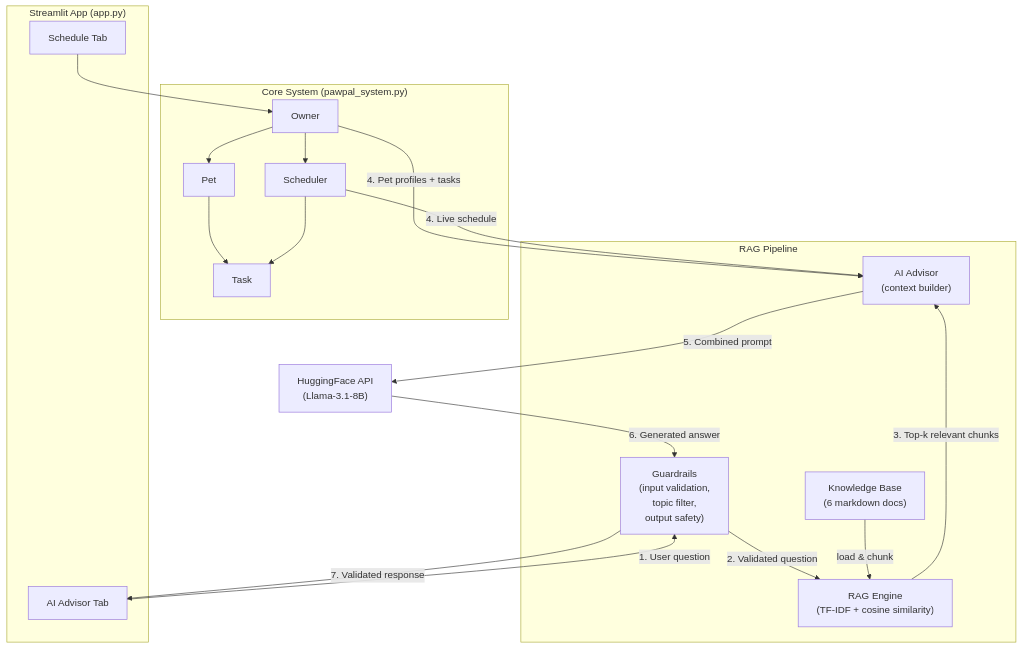
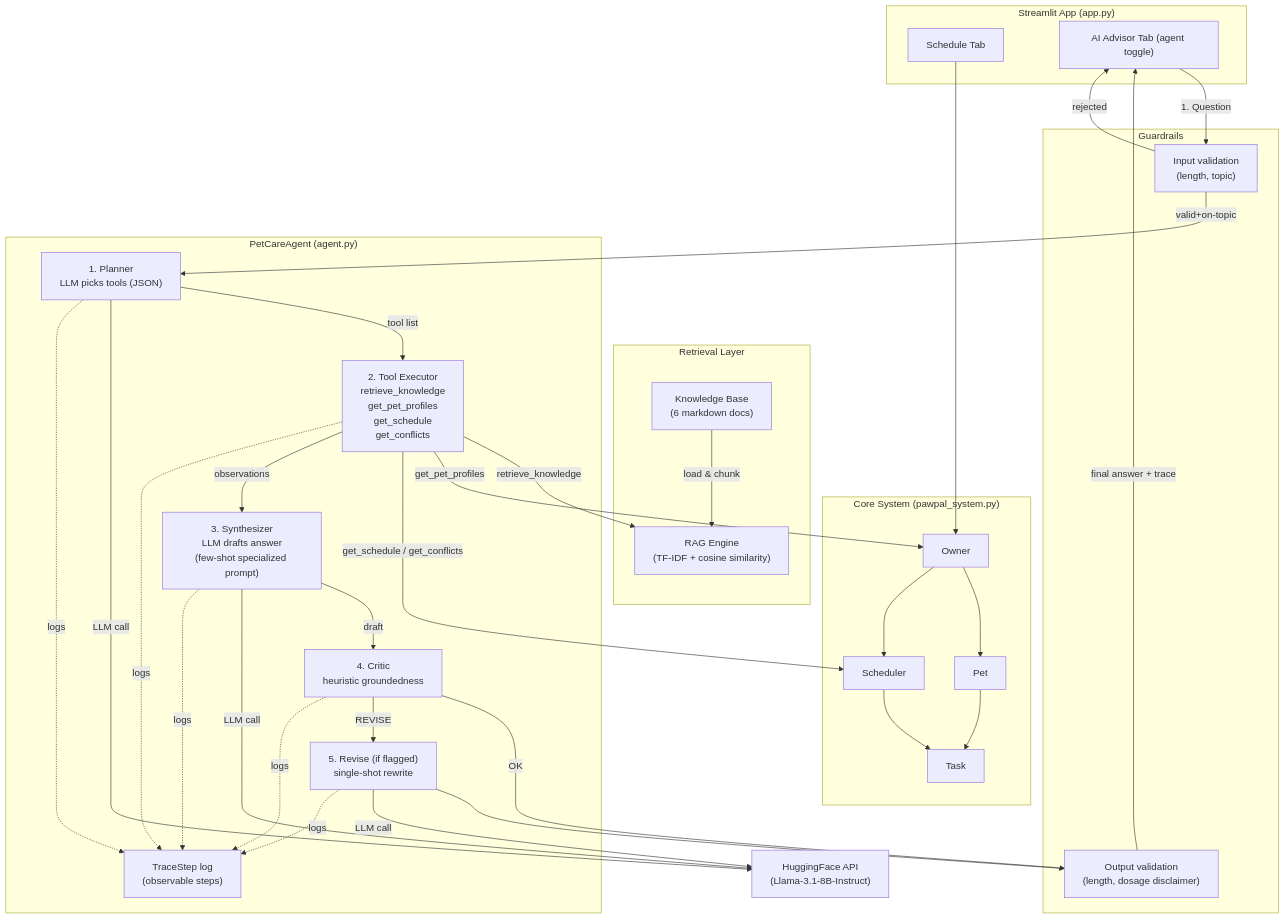
One commit to AbtinK-2234/applied-ai-system-project changed the second of 2 diagrams in assets/uml_final.md. Above: the diagram before and after it, drawn with Mermaid. The commit also changed other lines of this file and 5 other files, not shown here.

First line of the commit message:
docs: regenerate UML with agent classes, add flow diagram, .env.example, CI spec eval

````diff
--- a/assets/uml_final.md
+++ b/assets/uml_final.md
@@ -91,39 +125,67 @@
 ```mermaid
 flowchart TD
     subgraph UI["Streamlit App (app.py)"]
         ST["Schedule Tab"]
-        AT["AI Advisor Tab"]
+        AT["AI Advisor Tab (agent toggle)"]
     end
 
     subgraph Core["Core System (pawpal_system.py)"]
         OW[Owner]
         PE[Pet]
         TA[Task]
         SC[Scheduler]
     end
 
-    subgraph RAG["RAG Pipeline"]
-        KB["Knowledge Base\n(6 markdown docs)"]
-        RE["RAG Engine\n(TF-IDF + cosine similarity)"]
-        GR["Guardrails\n(input validation,\ntopic filter,\noutput safety)"]
-        AA["AI Advisor\n(context builder)"]
+    subgraph RAG["Retrieval Layer"]
+        KB["Knowledge Base<br/>(6 markdown docs)"]
+        RE["RAG Engine<br/>(TF-IDF + cosine similarity)"]
     end
 
-    API["HuggingFace API\n(Llama-3.1-8B)"]
+    subgraph GR["Guardrails"]
+        GIN["Input validation<br/>(length, topic)"]
+        GOUT["Output validation<br/>(length, dosage disclaimer)"]
+    end
+
+    subgraph AG["PetCareAgent (agent.py)"]
+        P["1. Planner<br/>LLM picks tools (JSON)"]
+        T["2. Tool Executor<br/>retrieve_knowledge<br/>get_pet_profiles<br/>get_schedule<br/>get_conflicts"]
+        S["3. Synthesizer<br/>LLM drafts answer<br/>(few-shot specialized prompt)"]
+        C["4. Critic<br/>heuristic groundedness"]
+        RV["5. Revise (if flagged)<br/>single-shot rewrite"]
+        TR["TraceStep log<br/>(observable steps)"]
+    end
+
+    API["HuggingFace API<br/>(Llama-3.1-8B-Instruct)"]
 
     ST --> OW
     OW --> PE
     PE --> TA
     OW --> SC
     SC --> TA
 
-    AT -- "1. User question" --> GR
-    GR -- "2. Validated question" --> RE
+    AT -- "1. Question" --> GIN
+    GIN -- "valid+on-topic" --> P
+    GIN -- "rejected" --> AT
+
+    P -- "tool list" --> T
     KB -- "load & chunk" --> RE
-    RE -- "3. Top-k relevant chunks" --> AA
-    OW -- "4. Pet profiles + tasks" --> AA
-    SC -- "4. Live schedule" --> AA
-    AA -- "5. Combined prompt" --> API
-    API -- "6. Generated answer" --> GR
-    GR -- "7. Validated response" --> AT
+    T -- "retrieve_knowledge" --> RE
+    T -- "get_pet_profiles" --> OW
+    T -- "get_schedule / get_conflicts" --> SC
+    T -- "observations" --> S
+    S -- "draft" --> C
+    C -- "OK" --> GOUT
+    C -- "REVISE" --> RV
+    RV --> GOUT
+    S -- "LLM call" --> API
+    P -- "LLM call" --> API
+    RV -- "LLM call" --> API
+
+    P -. logs .-> TR
+    T -. logs .-> TR
+    S -. logs .-> TR
+    C -. logs .-> TR
+    RV -. logs .-> TR
+
+    GOUT -- "final answer + trace" --> AT
 ```
````
